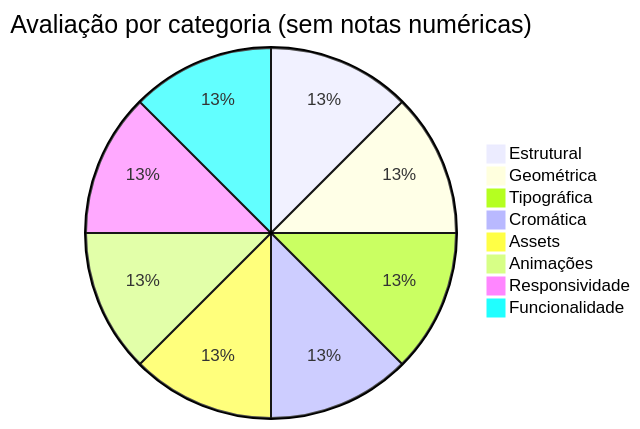
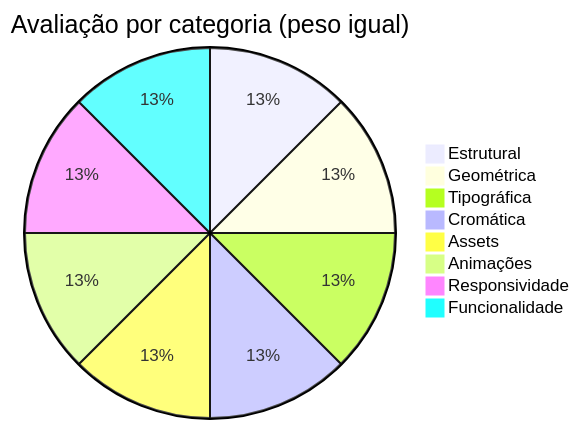
One commit to pedrohen-lopes/VISUAL-REFERENCE-INTELLIGENCE changed the fourth of 4 diagrams in README.md. Above: the diagram before and after it, drawn with Mermaid. The commit also changed other lines of this file, not shown here.

First line of the commit message:
docs: polish README with visual hierarchy, badges, tables, and diagrams

````diff
--- a/README.md
+++ b/README.md
@@ -154,11 +211,11 @@
 ```mermaid
-pie title Avaliação por categoria (sem notas numéricas)
+pie title Avaliação por categoria (peso igual)
     "Estrutural" : 1
     "Geométrica" : 1
     "Tipográfica" : 1
     "Cromática" : 1
     "Assets" : 1
     "Animações" : 1
     "Responsividade" : 1
     "Funcionalidade" : 1
 ```
````
